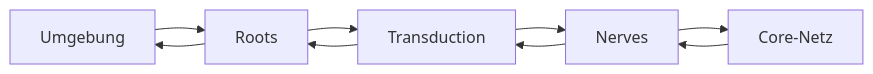
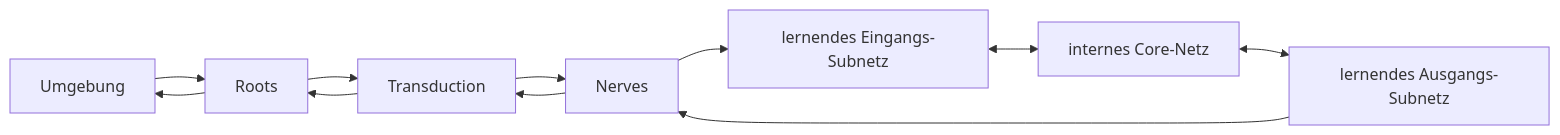
Before and after one commit to SirGator/NERVA: the first of 2 diagrams in DSVLM_SLICE_ARCHITECTURE.md, drawn with Mermaid. The commit also changed other lines of this file and 19 other files, not shown here.

````diff
--- a/DSVLM_SLICE_ARCHITECTURE.md
+++ b/DSVLM_SLICE_ARCHITECTURE.md
@@ -31,11 +31,13 @@
 ```mermaid
 flowchart LR
     E["Umgebung"] --> R["Roots"]
     R --> T["Transduction"]
     T --> N["Nerves"]
-    N --> C["Core-Netz"]
-    C --> N
+    N --> I["lernendes Eingangs-Subnetz"]
+    I <--> C["internes Core-Netz"]
+    C <--> O["lernendes Ausgangs-Subnetz"]
+    O --> N
     N --> T
     T --> R
     R --> E
 ```
````
